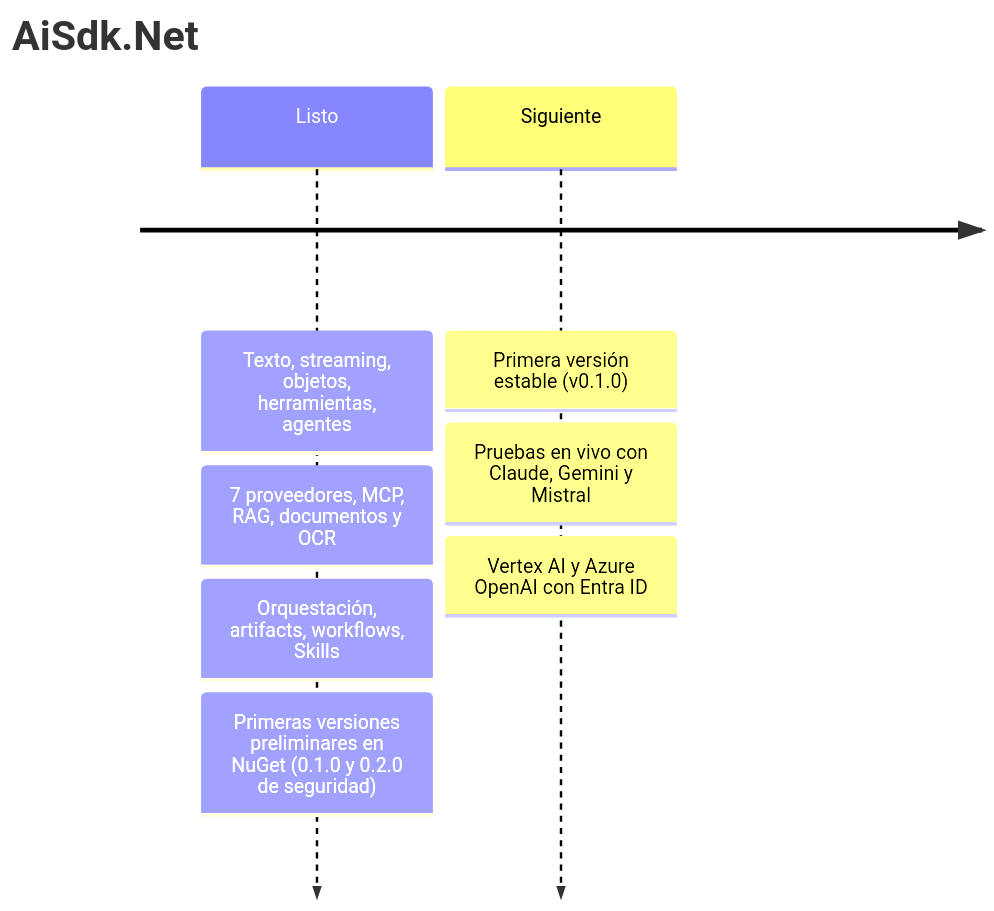
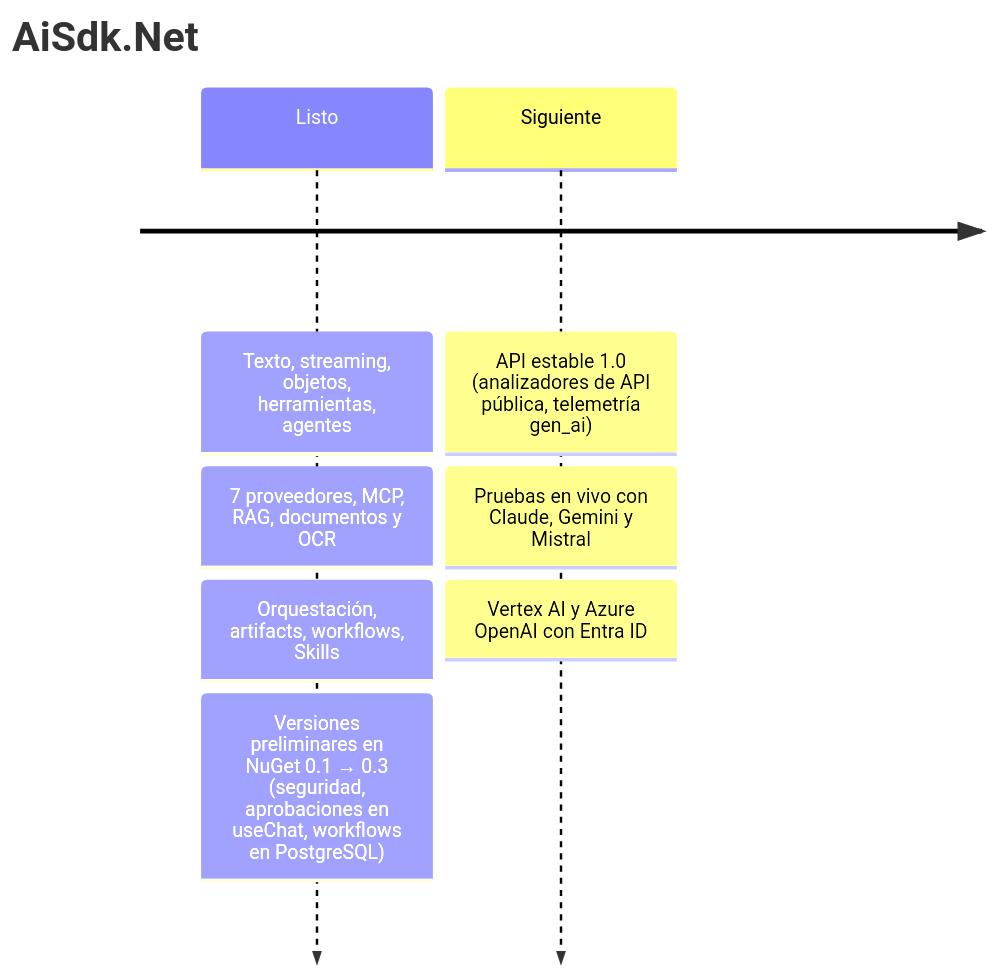
Before and after one commit to bluesmilecl/AiSdk.Net: the diagram in README.es.md, drawn with Mermaid. The commit also changed other lines of this file and 14 other files, not shown here.

````diff
--- a/README.es.md
+++ b/README.es.md
@@ -176,11 +176,11 @@
 ```mermaid
 timeline
     title AiSdk.Net
     Listo : Texto, streaming, objetos, herramientas, agentes
           : 7 proveedores, MCP, RAG, documentos y OCR
           : Orquestación, artifacts, workflows, Skills
-          : Primeras versiones preliminares en NuGet (0.1.0 y 0.2.0 de seguridad)
-    Siguiente : Primera versión estable (v0.1.0)
+          : Versiones preliminares en NuGet 0.1 → 0.3 (seguridad, aprobaciones en useChat, workflows en PostgreSQL)
+    Siguiente : API estable 1.0 (analizadores de API pública, telemetría gen_ai)
               : Pruebas en vivo con Claude, Gemini y Mistral
               : Vertex AI y Azure OpenAI con Entra ID
 ```
````
